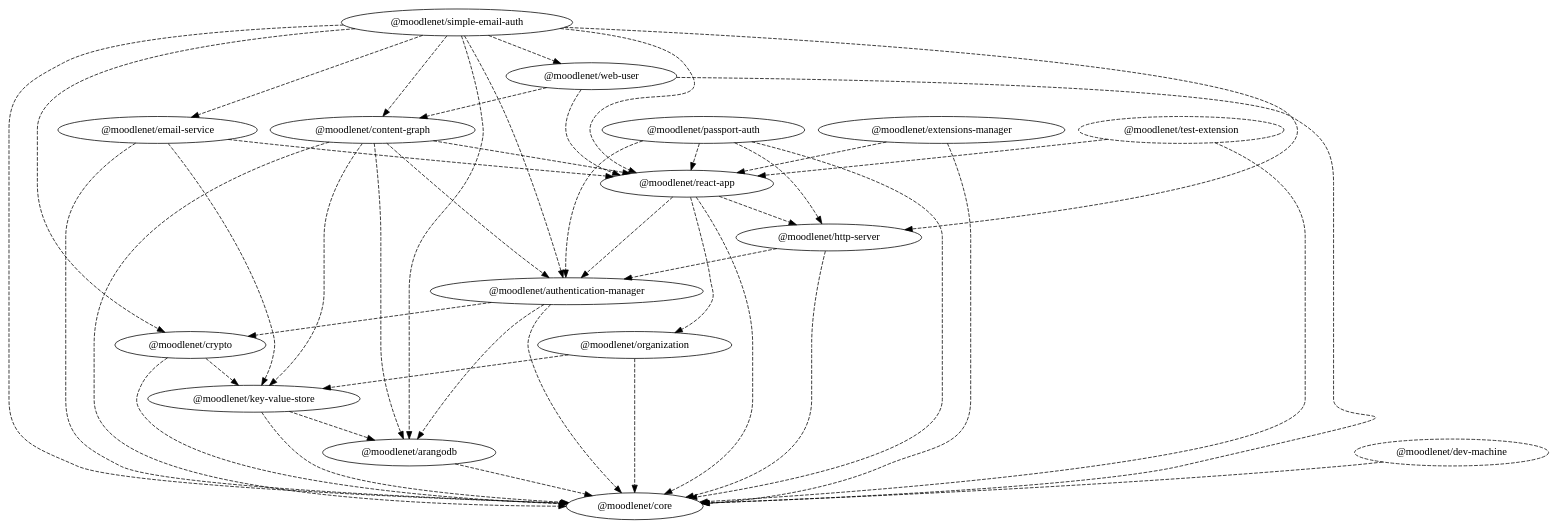
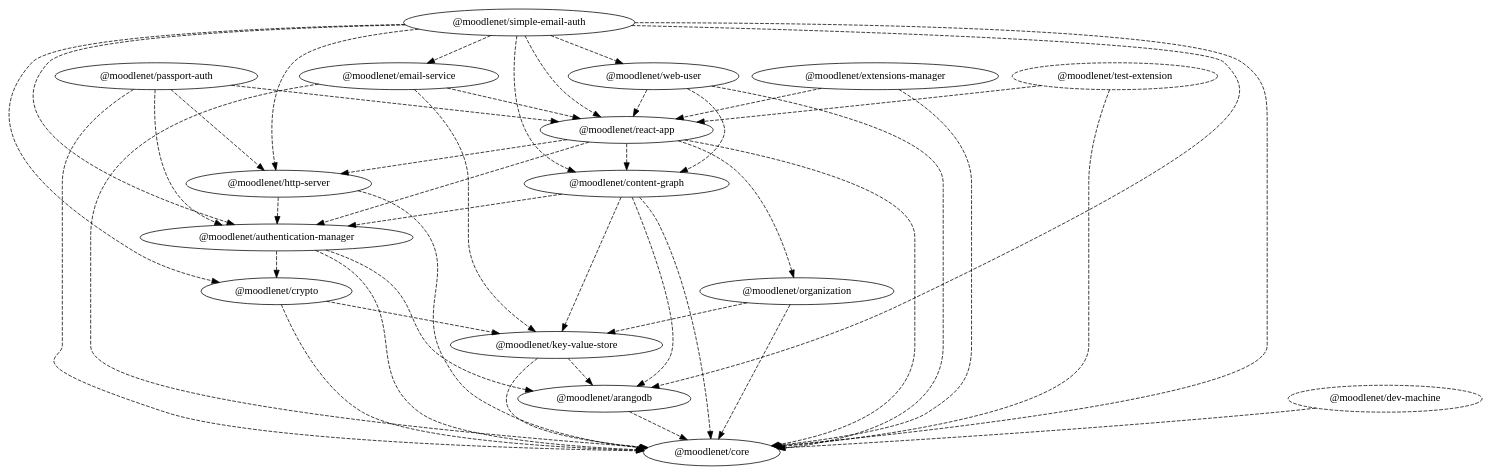
One commit to moodle/moodlenet changed the diagram in dependency-graph.dot. Above: the diagram before and after it, drawn with Graphviz. The commit also changed 23 other files, not shown here.

Commit message:
moved content-graph UI in react-app

```diff
--- a/dependency-graph.dot
+++ b/dependency-graph.dot
@@ -1,63 +1,63 @@
 digraph G {
   "@moodlenet/arangodb";
   "@moodlenet/core";
   "@moodlenet/authentication-manager";
   "@moodlenet/crypto";
   "@moodlenet/content-graph";
   "@moodlenet/key-value-store";
-  "@moodlenet/react-app";
   "@moodlenet/dev-machine" [ style = "dashed" ];
   "@moodlenet/email-service";
+  "@moodlenet/react-app";
   "@moodlenet/extensions-manager";
   "@moodlenet/http-server";
   "@moodlenet/organization";
   "@moodlenet/passport-auth";
   "@moodlenet/simple-email-auth";
   "@moodlenet/web-user";
   "@moodlenet/test-extension" [ style = "dashed" ];
   "@moodlenet/arangodb" -> "@moodlenet/core" [ style = "dashed" ];
   "@moodlenet/authentication-manager" -> "@moodlenet/arangodb" [ style = "dashed" ];
   "@moodlenet/authentication-manager" -> "@moodlenet/core" [ style = "dashed" ];
   "@moodlenet/authentication-manager" -> "@moodlenet/crypto" [ style = "dashed" ];
   "@moodlenet/content-graph" -> "@moodlenet/arangodb" [ style = "dashed" ];
   "@moodlenet/content-graph" -> "@moodlenet/authentication-manager" [ style = "dashed" ];
   "@moodlenet/content-graph" -> "@moodlenet/core" [ style = "dashed" ];
   "@moodlenet/content-graph" -> "@moodlenet/key-value-store" [ style = "dashed" ];
-  "@moodlenet/content-graph" -> "@moodlenet/react-app" [ style = "dashed" ];
   "@moodlenet/crypto" -> "@moodlenet/core" [ style = "dashed" ];
   "@moodlenet/crypto" -> "@moodlenet/key-value-store" [ style = "dashed" ];
   "@moodlenet/dev-machine" -> "@moodlenet/core" [ style = "dashed" ];
   "@moodlenet/email-service" -> "@moodlenet/core" [ style = "dashed" ];
   "@moodlenet/email-service" -> "@moodlenet/key-value-store" [ style = "dashed" ];
   "@moodlenet/email-service" -> "@moodlenet/react-app" [ style = "dashed" ];
   "@moodlenet/extensions-manager" -> "@moodlenet/core" [ style = "dashed" ];
   "@moodlenet/extensions-manager" -> "@moodlenet/react-app" [ style = "dashed" ];
   "@moodlenet/http-server" -> "@moodlenet/authentication-manager" [ style = "dashed" ];
   "@moodlenet/http-server" -> "@moodlenet/core" [ style = "dashed" ];
   "@moodlenet/key-value-store" -> "@moodlenet/arangodb" [ style = "dashed" ];
   "@moodlenet/key-value-store" -> "@moodlenet/core" [ style = "dashed" ];
   "@moodlenet/organization" -> "@moodlenet/core" [ style = "dashed" ];
   "@moodlenet/organization" -> "@moodlenet/key-value-store" [ style = "dashed" ];
   "@moodlenet/passport-auth" -> "@moodlenet/authentication-manager" [ style = "dashed" ];
   "@moodlenet/passport-auth" -> "@moodlenet/core" [ style = "dashed" ];
   "@moodlenet/passport-auth" -> "@moodlenet/http-server" [ style = "dashed" ];
   "@moodlenet/passport-auth" -> "@moodlenet/react-app" [ style = "dashed" ];
   "@moodlenet/react-app" -> "@moodlenet/authentication-manager" [ style = "dashed" ];
+  "@moodlenet/react-app" -> "@moodlenet/content-graph" [ style = "dashed" ];
   "@moodlenet/react-app" -> "@moodlenet/core" [ style = "dashed" ];
   "@moodlenet/react-app" -> "@moodlenet/http-server" [ style = "dashed" ];
   "@moodlenet/react-app" -> "@moodlenet/organization" [ style = "dashed" ];
   "@moodlenet/simple-email-auth" -> "@moodlenet/arangodb" [ style = "dashed" ];
   "@moodlenet/simple-email-auth" -> "@moodlenet/authentication-manager" [ style = "dashed" ];
   "@moodlenet/simple-email-auth" -> "@moodlenet/content-graph" [ style = "dashed" ];
   "@moodlenet/simple-email-auth" -> "@moodlenet/core" [ style = "dashed" ];
   "@moodlenet/simple-email-auth" -> "@moodlenet/crypto" [ style = "dashed" ];
   "@moodlenet/simple-email-auth" -> "@moodlenet/email-service" [ style = "dashed" ];
   "@moodlenet/simple-email-auth" -> "@moodlenet/http-server" [ style = "dashed" ];
   "@moodlenet/simple-email-auth" -> "@moodlenet/react-app" [ style = "dashed" ];
   "@moodlenet/simple-email-auth" -> "@moodlenet/web-user" [ style = "dashed" ];
   "@moodlenet/test-extension" -> "@moodlenet/core" [ style = "dashed" ];
   "@moodlenet/test-extension" -> "@moodlenet/react-app" [ style = "dashed" ];
   "@moodlenet/web-user" -> "@moodlenet/content-graph" [ style = "dashed" ];
   "@moodlenet/web-user" -> "@moodlenet/core" [ style = "dashed" ];
   "@moodlenet/web-user" -> "@moodlenet/react-app" [ style = "dashed" ];
 }
```
